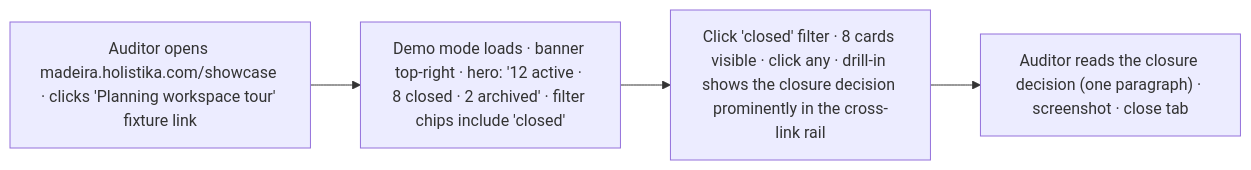
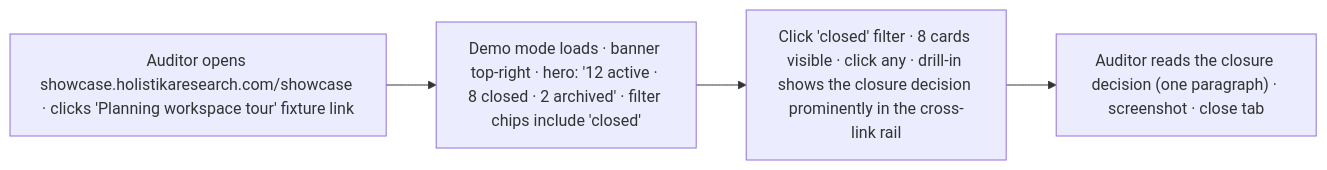
Before and after one commit to FraysaXII/openclaw-akos: the fourth of 5 diagrams in docs/wip/planning/65-akos-planning-workspace-panel/reports/journeys-2026-05-07.md, drawn with Mermaid. The commit also changed 28 other files, not shown here.

First line of the commit message:
docs(i96): strip holistika.com from KB; holistikaresearch.com-only subdomain registry

````diff
--- a/docs/wip/planning/65-akos-planning-workspace-panel/reports/journeys-2026-05-07.md
+++ b/docs/wip/planning/65-akos-planning-workspace-panel/reports/journeys-2026-05-07.md
@@ -54,8 +54,8 @@
 ```mermaid
 flowchart LR
-  trigger["Auditor opens madeira.holistika.com/showcase · clicks 'Planning workspace tour' fixture link"]
+  trigger["Auditor opens showcase.holistikaresearch.com/showcase · clicks 'Planning workspace tour' fixture link"]
   glance["Demo mode loads · banner top-right · hero: '12 active · 8 closed · 2 archived' · filter chips include 'closed'"]
   action["Click 'closed' filter · 8 cards visible · click any · drill-in shows the closure decision prominently in the cross-link rail"]
   outcome["Auditor reads the closure decision (one paragraph) · screenshot · close tab"]
   trigger --> glance --> action --> outcome
 ```
````
